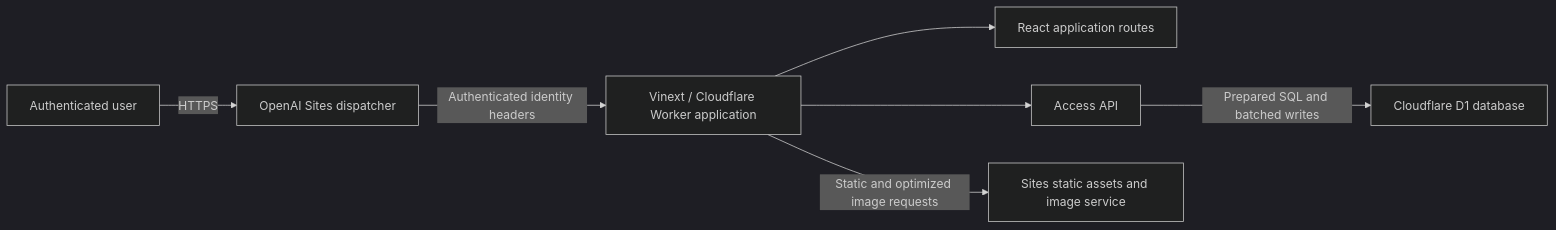
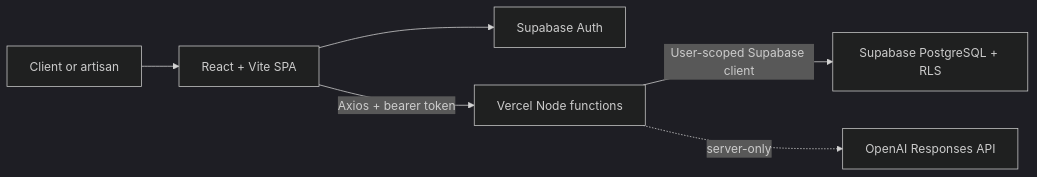
One commit to Koulz-Live/fixit changed the diagram in CURRENT_STATE_ARCHITECTURE.md. Above: the diagram before and after it, drawn with Mermaid (dark theme). The commit also changed other lines of this file and 19 other files, not shown here.

Commit message:
Add Vite frontend and API routes

````diff
--- a/CURRENT_STATE_ARCHITECTURE.md
+++ b/CURRENT_STATE_ARCHITECTURE.md
@@ -24,17 +7,8 @@
 ```mermaid
 flowchart LR
-    U["Authenticated user"]
-    S["OpenAI Sites dispatcher"]
-    W["Vinext / Cloudflare Worker application"]
-    UI["React application routes"]
-    API["Access API"]
-    DB["Cloudflare D1 database"]
-    A["Sites static assets and image service"]
-
-    U -->|"HTTPS"| S
-    S -->|"Authenticated identity headers"| W
-    W --> UI
-    W --> API
-    API -->|"Prepared SQL and batched writes"| DB
-    W -->|"Static and optimized image requests"| A
+    U["Client or artisan"] --> SPA["React + Vite SPA"]
+    SPA --> AUTH["Supabase Auth"]
+    SPA -->|"Axios + bearer token"| API["Vercel Node functions"]
+    API -->|"User-scoped Supabase client"| DB["Supabase PostgreSQL + RLS"]
+    API -. "server-only" .-> AI["OpenAI Responses API"]
 ```
````
